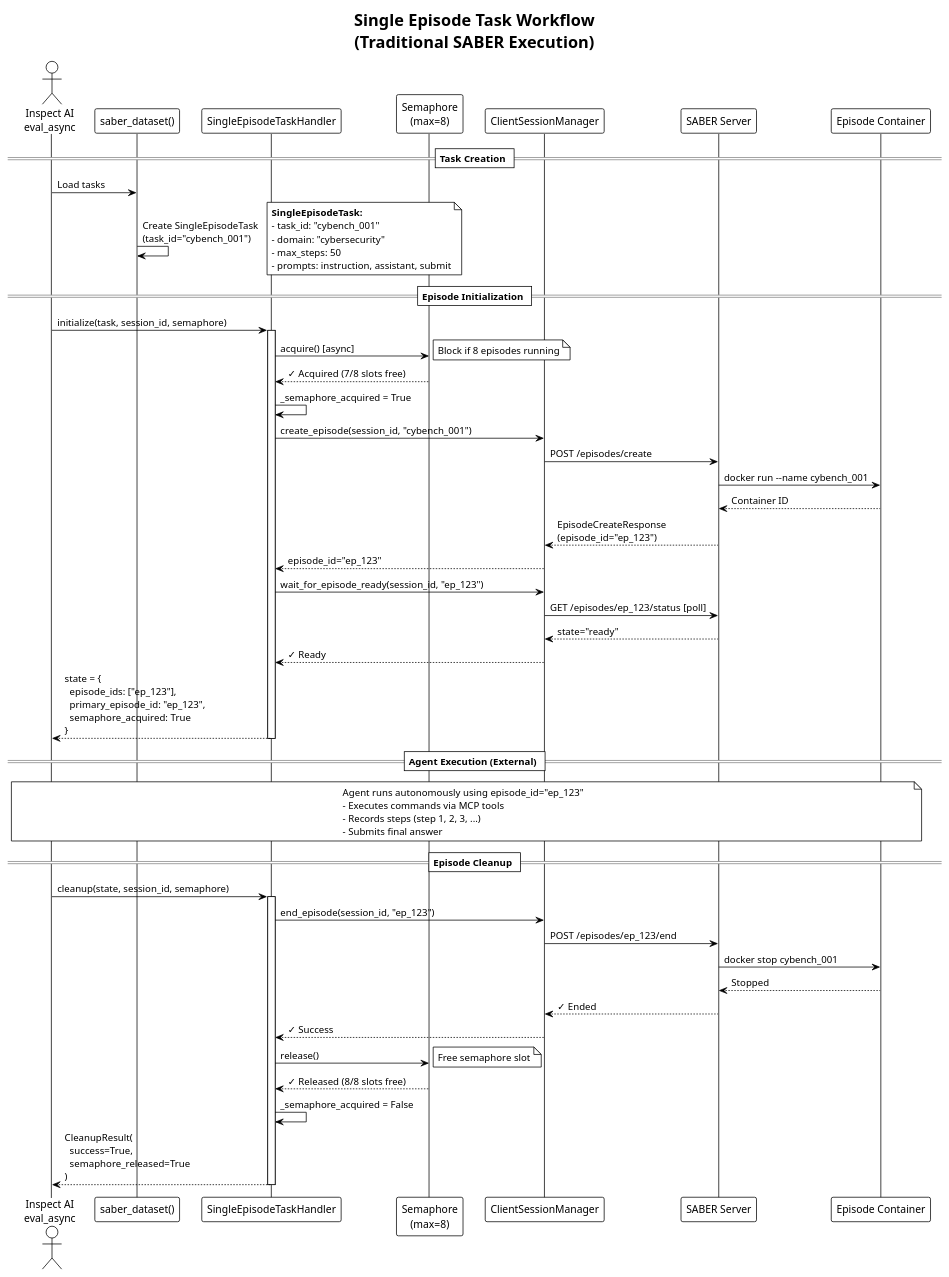
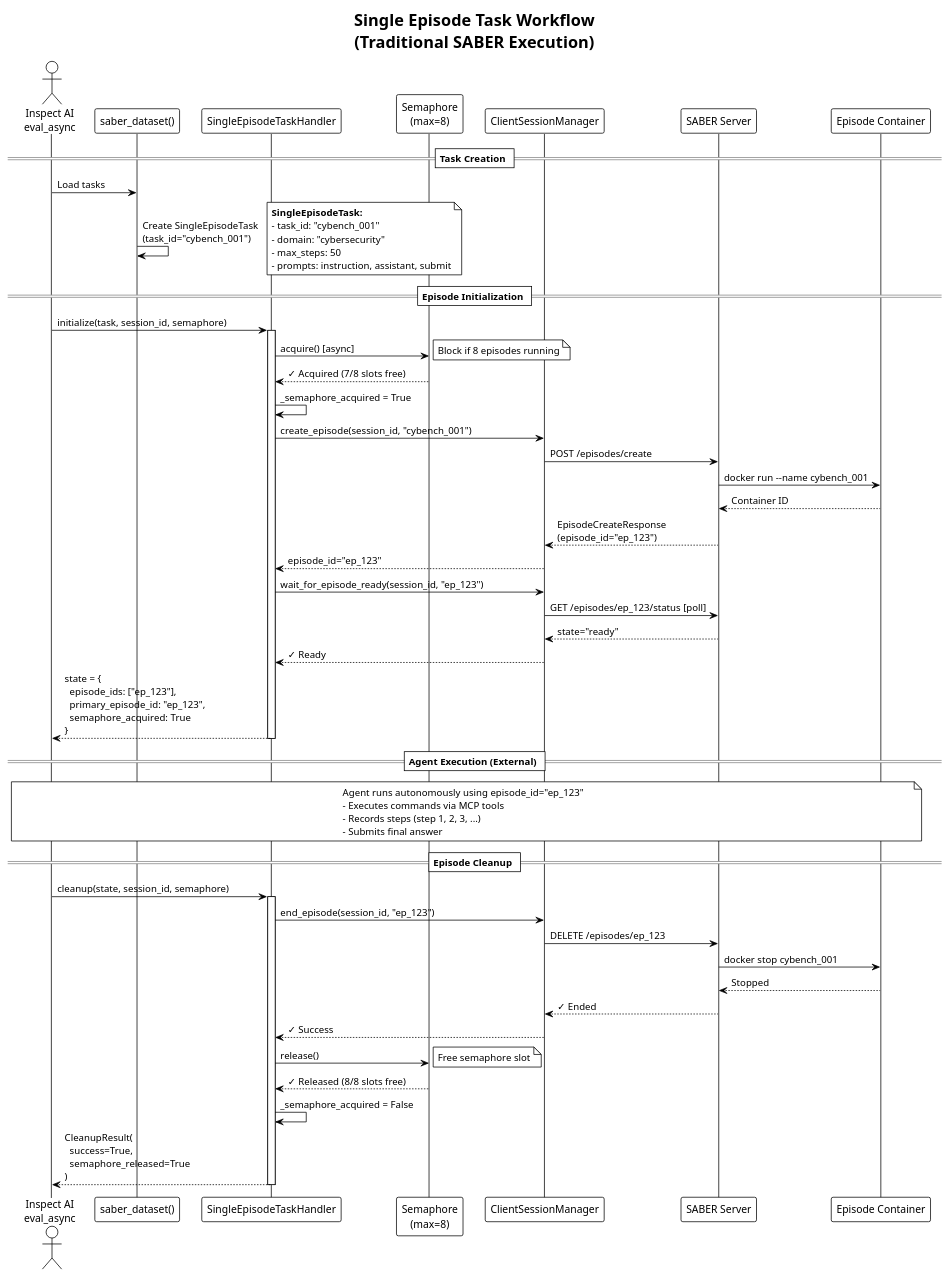
One commit to microsoft/ACES changed the diagram in docs/architecture/single-episode-workflow.puml. Above: the diagram before and after it, drawn with PlantUML. The commit also changed 44 other files, not shown here.

```diff
--- a/docs/architecture/single-episode-workflow.puml
+++ b/docs/architecture/single-episode-workflow.puml
@@ -1,79 +1,79 @@
 @startuml Single Episode Task Workflow
 !theme plain
 skinparam backgroundColor #FFFFFF
 skinparam handwritten false
 skinparam defaultFontName Arial
 
 title Single Episode Task Workflow\n(Traditional SABER Execution)
 
 actor "Inspect AI\neval_async" as Eval
 participant "saber_dataset()" as Dataset
 participant "SingleEpisodeTaskHandler" as Handler
 participant "Semaphore\n(max=8)" as Sem
 participant "ClientSessionManager" as Session
 participant "SABER Server" as Server
 participant "Episode Container" as Container
 
 == Task Creation ==
 Eval -> Dataset: Load tasks
 Dataset -> Dataset: Create SingleEpisodeTask\n(task_id="cybench_001")
 note right
   **SingleEpisodeTask:**
   - task_id: "cybench_001"
   - domain: "cybersecurity"
   - max_steps: 50
   - prompts: instruction, assistant, submit
 end note
 
 == Episode Initialization ==
 Eval -> Handler: initialize(task, session_id, semaphore)
 activate Handler
 
 Handler -> Sem: acquire() [async]
 note right: Block if 8 episodes running
 Sem --> Handler: ✓ Acquired (7/8 slots free)
 Handler -> Handler: _semaphore_acquired = True
 
 Handler -> Session: create_episode(session_id, "cybench_001")
 Session -> Server: POST /episodes/create
 Server -> Container: docker run --name cybench_001
 Container --> Server: Container ID
 Server --> Session: EpisodeCreateResponse\n(episode_id="ep_123")
 Session --> Handler: episode_id="ep_123"
 
 Handler -> Session: wait_for_episode_ready(session_id, "ep_123")
 Session -> Server: GET /episodes/ep_123/status [poll]
 Server --> Session: state="ready"
 Session --> Handler: ✓ Ready
 
 Handler --> Eval: state = {\n  episode_ids: ["ep_123"],\n  primary_episode_id: "ep_123",\n  semaphore_acquired: True\n}
 deactivate Handler
 
 == Agent Execution (External) ==
 note over Eval, Container
   Agent runs autonomously using episode_id="ep_123"
   - Executes commands via MCP tools
   - Records steps (step 1, 2, 3, ...)
   - Submits final answer
 end note
 
 == Episode Cleanup ==
 Eval -> Handler: cleanup(state, session_id, semaphore)
 activate Handler
 
 Handler -> Session: end_episode(session_id, "ep_123")
-Session -> Server: POST /episodes/ep_123/end
+Session -> Server: DELETE /episodes/ep_123
 Server -> Container: docker stop cybench_001
 Container --> Server: Stopped
 Server --> Session: ✓ Ended
 Session --> Handler: ✓ Success
 
 Handler -> Sem: release()
 note right: Free semaphore slot
 Sem --> Handler: ✓ Released (8/8 slots free)
 Handler -> Handler: _semaphore_acquired = False
 
 Handler --> Eval: CleanupResult(\n  success=True,\n  semaphore_released=True\n)
 deactivate Handler
 
 @enduml
```
